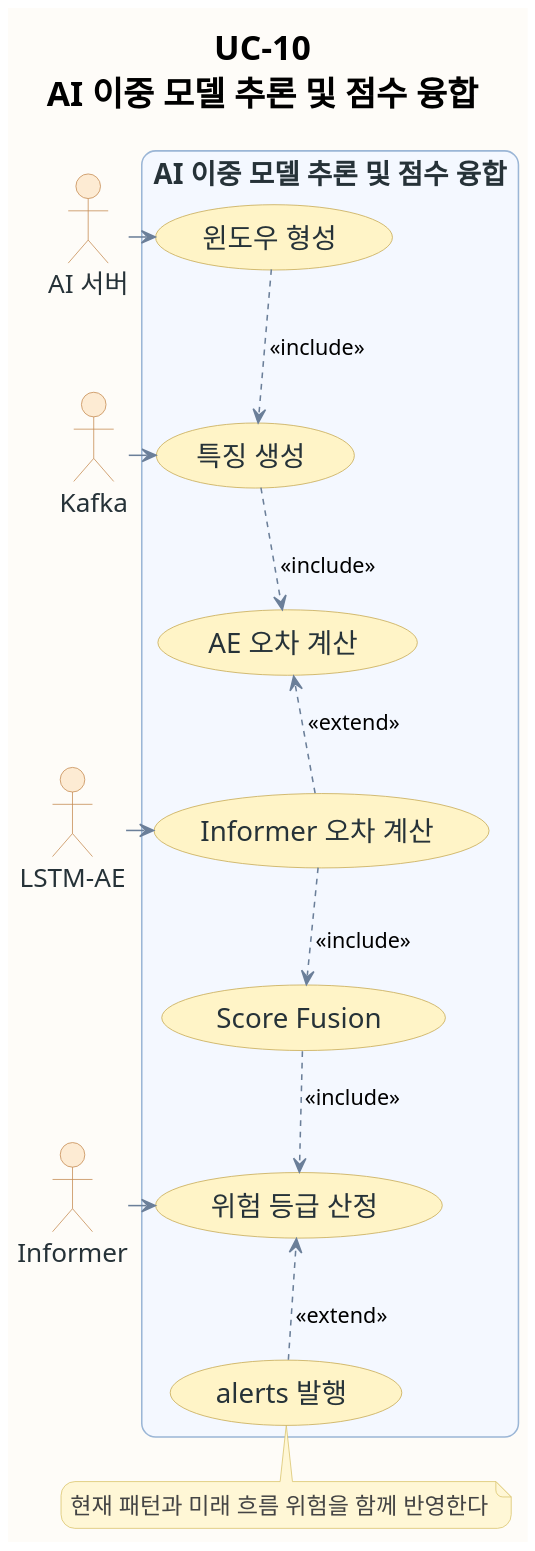
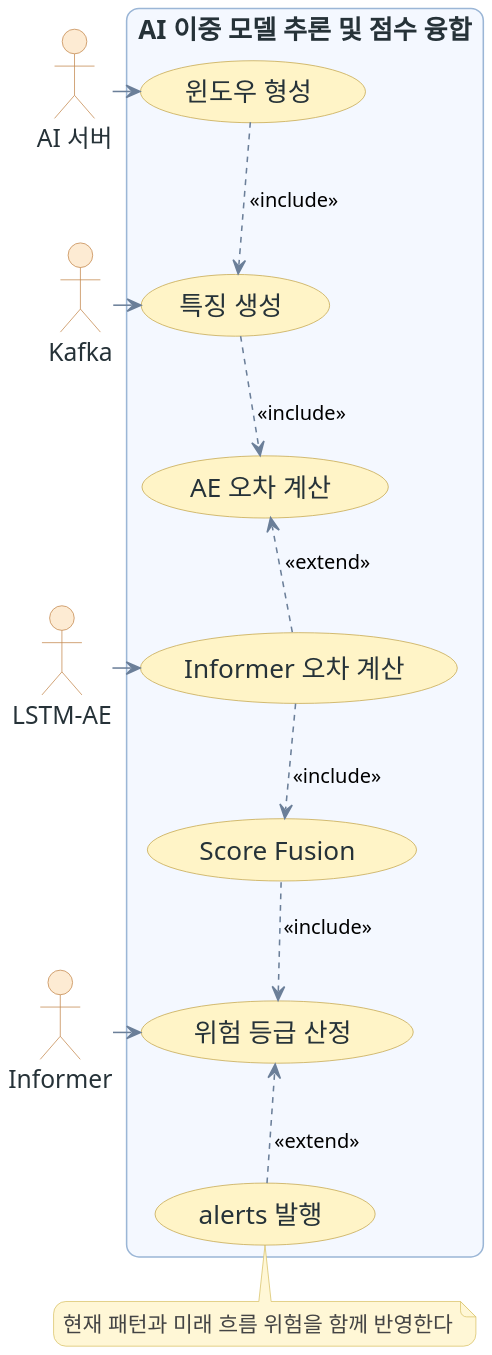
Before and after one commit to ricky30825-creator/BMS: the diagram in assets/diagrams/usecase/uc-10-usecase.puml, drawn with PlantUML. The commit also changed 32 other files, not shown here.

```diff
--- a/assets/diagrams/usecase/uc-10-usecase.puml
+++ b/assets/diagrams/usecase/uc-10-usecase.puml
@@ -1,73 +1,71 @@
 @startuml
 !pragma layout smetana
-skinparam backgroundColor #FEFCF8
+skinparam backgroundColor transparent
 skinparam shadowing false
 skinparam dpi 180
 skinparam defaultFontName "AppleGothic"
-skinparam defaultFontSize 18
-skinparam TitleFontSize 22
-skinparam ActorFontSize 17
-skinparam UsecaseFontSize 18
-skinparam NoteFontSize 15
-skinparam ArrowFontSize 14
-skinparam roundcorner 18
+skinparam defaultFontSize 17
+skinparam ActorFontSize 16
+skinparam UsecaseFontSize 17
+skinparam NoteFontSize 14
+skinparam ArrowFontSize 13
+skinparam roundcorner 16
 skinparam usecase {
   BackgroundColor #F8FAFC
   BorderColor #8EA7C2
   ArrowColor #6B7F99
   FontColor #263238
 }
 skinparam actor {
   BackgroundColor #FDEBD3
   BorderColor #C58A50
   FontColor #263238
 }
 skinparam rectangle {
   BackgroundColor #F4F8FF
   BorderColor #9BB6D6
   FontColor #263238
 }
 skinparam note {
   BackgroundColor #FFF7D6
   BorderColor #D9C36A
   FontColor #444444
 }
 top to bottom direction
 skinparam usecase {
   BackgroundColor #FFF4C7
   BorderColor #C6A84F
 }
-title UC-10\nAI 이중 모델 추론 및 점수 융합
 actor "AI 서버" as A
 actor "Kafka" as S1
 actor "LSTM-AE" as S2
 actor "Informer" as S3
 rectangle "AI 이중 모델 추론 및 점수 융합" {
   usecase "윈도우 형성" as U1
   usecase "특징 생성" as U2
   usecase "AE 오차 계산" as U3
   usecase "Informer 오차 계산" as U4
   usecase "Score Fusion" as U5
   usecase "위험 등급 산정" as U6
   usecase "alerts 발행" as U7
 }
 U1 -[hidden]down- U2
 U2 -[hidden]down- U3
 U3 -[hidden]down- U4
 U4 -[hidden]down- U5
 U5 -[hidden]down- U6
 U6 -[hidden]down- U7
 A -right-> U1
 S1 -left-> U2
 S2 -left-> U4
 S3 -left-> U6
 U1 ..> U2 : <<include>>
 U2 ..> U3 : <<include>>
 U4 ..> U3 : <<extend>>
 U4 ..> U5 : <<include>>
 U5 ..> U6 : <<include>>
 U7 ..> U6 : <<extend>>
 note bottom of U7
 현재 패턴과 미래 흐름 위험을 함께 반영한다
 end note
 @enduml
```
